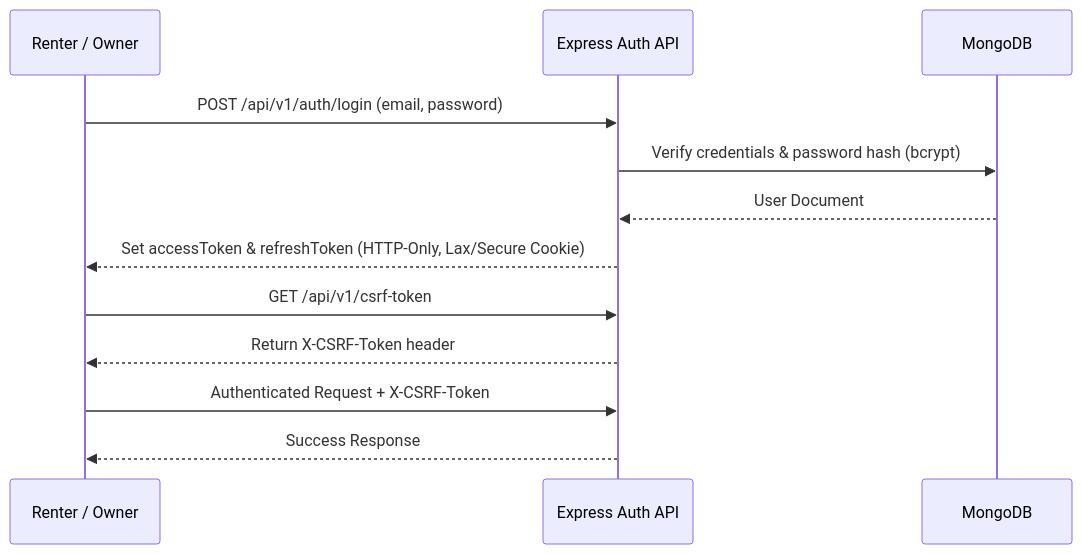
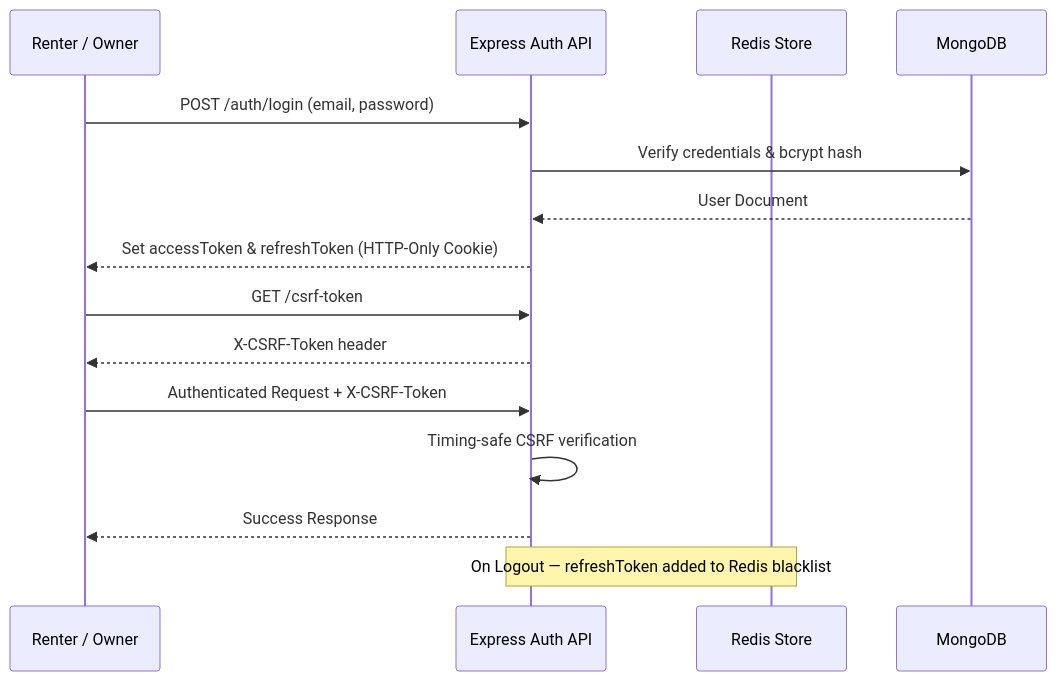
Before and after one commit to priyanshuraj20/Rentora: the third of 8 diagrams in ReadMe.md, drawn with Mermaid. The commit also changed other lines of this file and 8 other files, not shown here.

````diff
--- a/ReadMe.md
+++ b/ReadMe.md
@@ -174,15 +323,19 @@
 ```mermaid
 sequenceDiagram
     participant User as Renter / Owner
     participant API as Express Auth API
+    participant Redis as Redis Store
     participant DB as MongoDB
 
-    User->>API: POST /api/v1/auth/login (email, password)
-    API->>DB: Verify credentials & password hash (bcrypt)
+    User->>API: POST /auth/login (email, password)
+    API->>DB: Verify credentials & bcrypt hash
     DB-->>API: User Document
-    API-->>User: Set accessToken & refreshToken (HTTP-Only, Lax/Secure Cookie)
-    User->>API: GET /api/v1/csrf-token
-    API-->>User: Return X-CSRF-Token header
+    API-->>User: Set accessToken & refreshToken (HTTP-Only Cookie)
+    User->>API: GET /csrf-token
+    API-->>User: X-CSRF-Token header
     User->>API: Authenticated Request + X-CSRF-Token
+    API->>API: Timing-safe CSRF verification
     API-->>User: Success Response
+
+    Note over API,Redis: On Logout — refreshToken added to Redis blacklist
 ```
````
